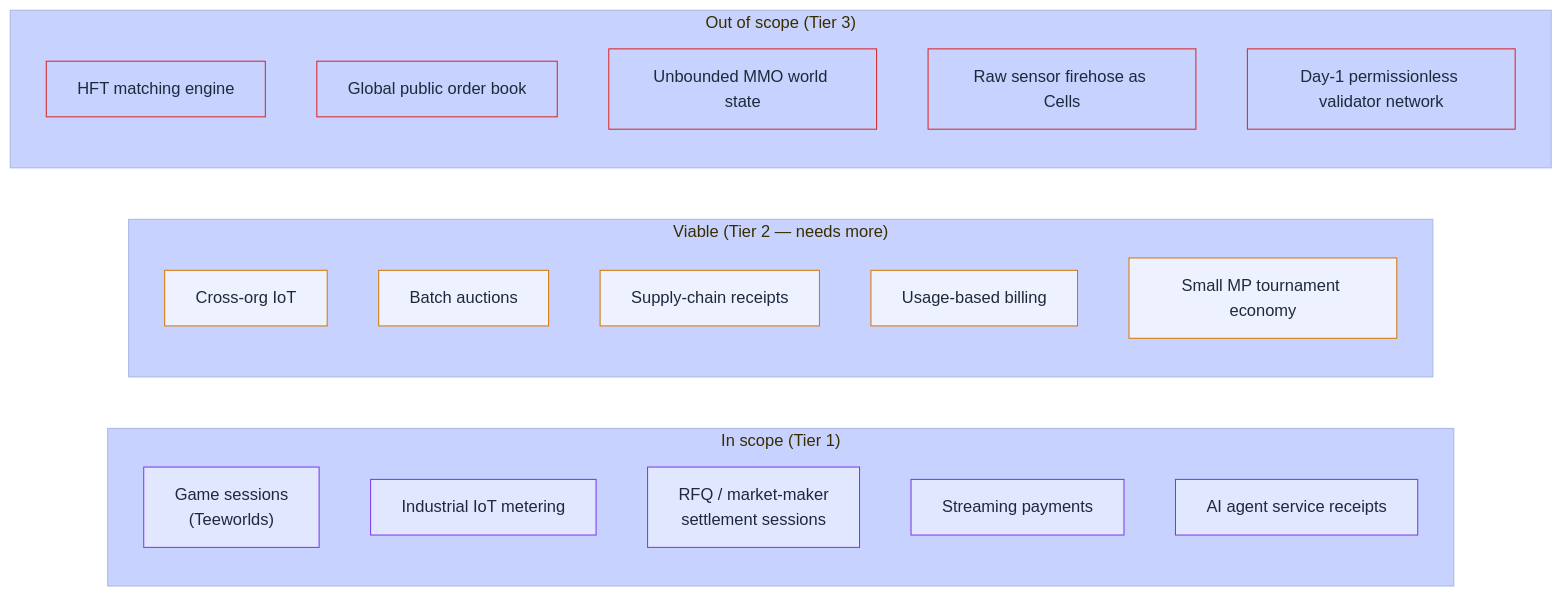
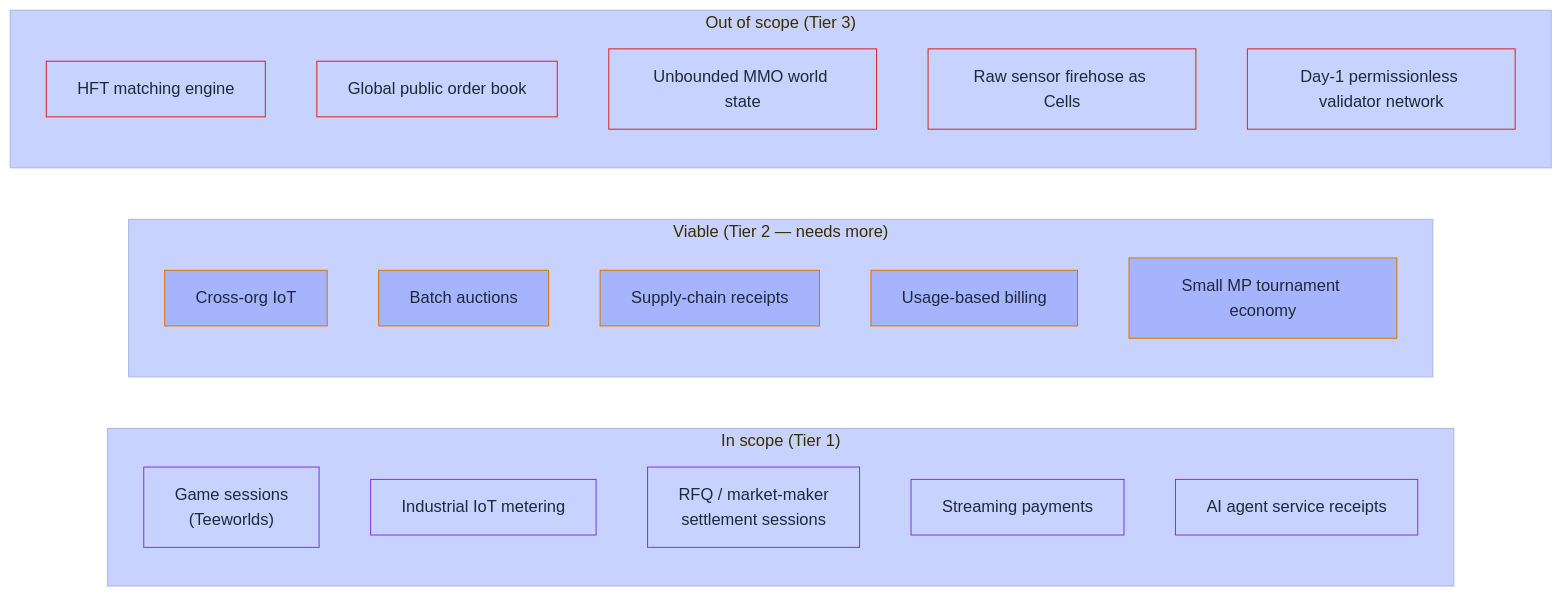
The diagram in docs/concepts/what-is-myelin.md (Myelin-Labs/Myelin), drawn with Mermaid before and after one commit. The commit also changed 31 other files, not shown here.

````diff
--- a/docs/concepts/what-is-myelin.md
+++ b/docs/concepts/what-is-myelin.md
@@ -69,38 +69,38 @@
 ```mermaid
 %%{init: {
   "theme": "base",
   "themeVariables": {
-    "primaryColor": "#EEF2FF",
+    "primaryColor": "#A5B4FC",
     "primaryTextColor": "#1E293B",
     "primaryBorderColor": "#4F46E5",
     "lineColor": "#6366F1",
-    "secondaryColor": "#E0E7FF",
+    "secondaryColor": "#C7D2FE",
     "tertiaryColor": "#C7D2FE"
   }
 }}%%
 flowchart LR
     subgraph IN["In scope (Tier 1)"]
         I1["Game sessions<br/>(Teeworlds)"]:::ok
         I2["Industrial IoT metering"]:::ok
         I3["RFQ / market-maker<br/>settlement sessions"]:::ok
         I4["Streaming payments"]:::ok
         I5["AI agent service receipts"]:::ok
     end
     subgraph VIA["Viable (Tier 2 — needs more)"]
         V1["Cross-org IoT"]:::warn
         V2["Batch auctions"]:::warn
         V3["Supply-chain receipts"]:::warn
         V4["Usage-based billing"]:::warn
         V5["Small MP tournament economy"]:::warn
     end
     subgraph OUT["Out of scope (Tier 3)"]
         O1["HFT matching engine"]:::no
         O2["Global public order book"]:::no
         O3["Unbounded MMO world state"]:::no
         O4["Raw sensor firehose as Cells"]:::no
         O5["Day-1 permissionless validator network"]:::no
     end
-    classDef ok  fill:#E0E7FF,stroke:#7C3AED,color:#1E293B;
-    classDef warn fill:#EEF2FF,stroke:#D97706,color:#1E293B;
+    classDef ok  fill:#C7D2FE,stroke:#7C3AED,color:#1E293B;
+    classDef warn fill:#A5B4FC,stroke:#D97706,color:#1E293B;
     classDef no  fill:#C7D2FE,stroke:#DC2626,color:#1E293B;
 ```
````
